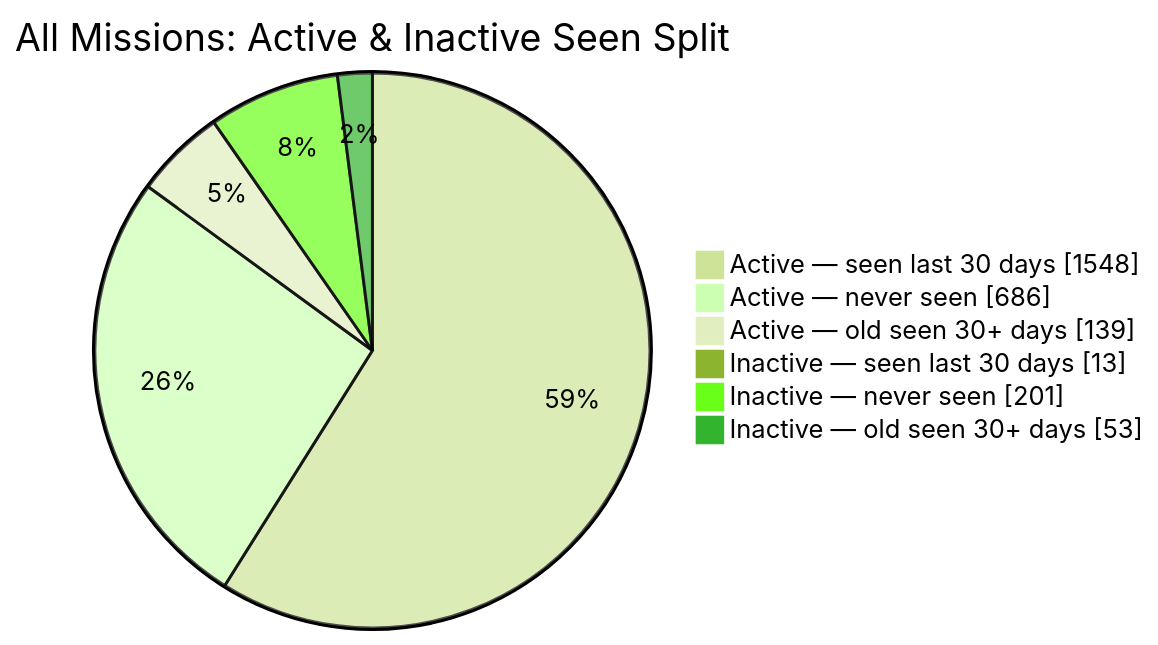
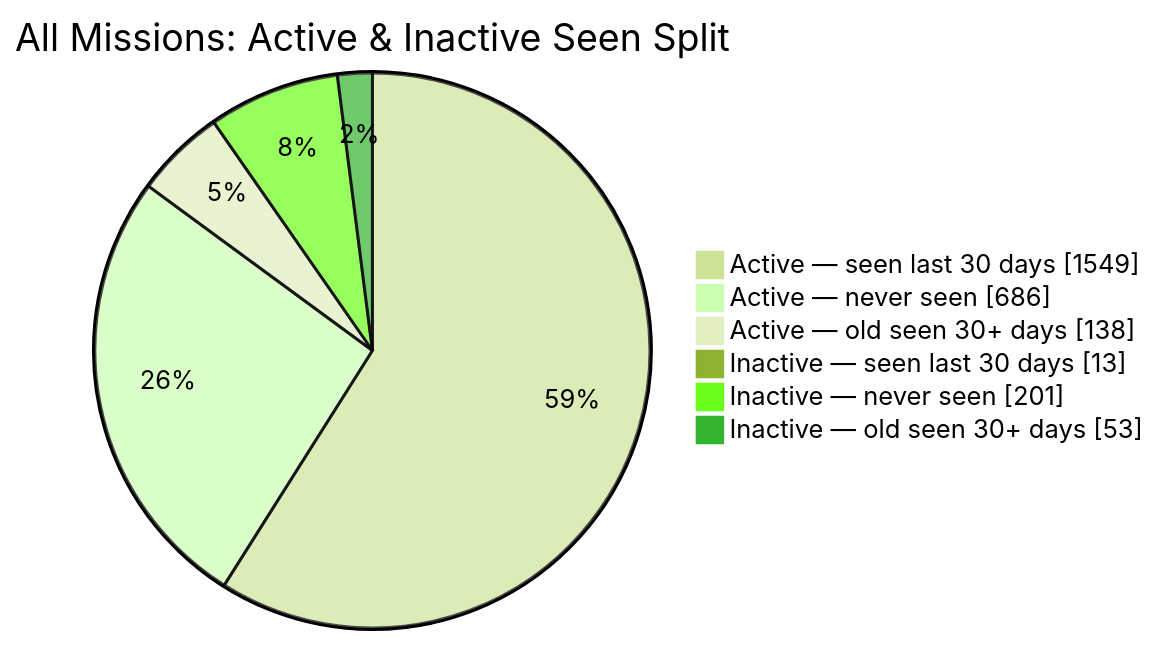
The second of 2 diagrams in README.md (MeldkamerspelGameTeam/active-missions), drawn with Mermaid (forest theme) before and after one commit. The commit also changed other lines of this file and 2 other files, not shown here.

````diff
--- a/README.md
+++ b/README.md
@@ -44,10 +44,10 @@
 ```mermaid
 pie showData
     title All Missions: Active & Inactive Seen Split
-    "Active — seen last 30 days" : 1548
+    "Active — seen last 30 days" : 1549
     "Active — never seen" : 686
-    "Active — old seen 30+ days" : 139
+    "Active — old seen 30+ days" : 138
     "Inactive — seen last 30 days" : 13
     "Inactive — never seen" : 201
     "Inactive — old seen 30+ days" : 53
 ```
````
